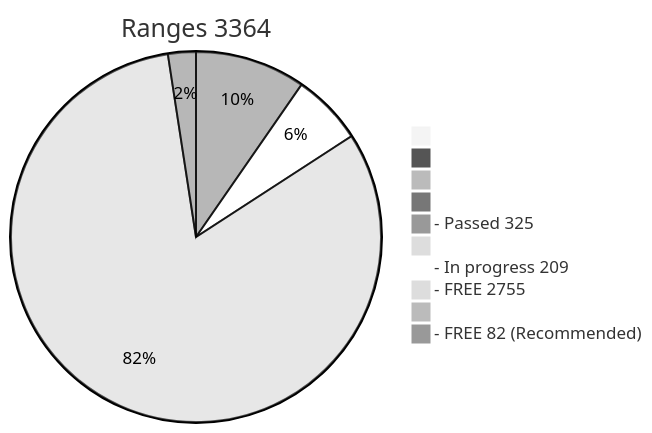
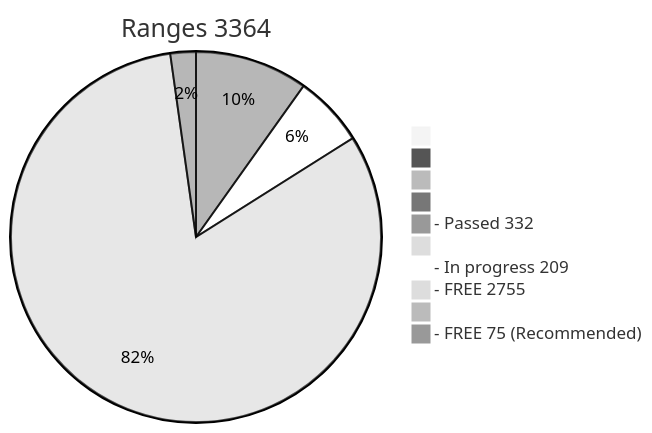
The diagram in x64/Release/table.md (phrutis/wif500), drawn with Mermaid (neutral theme) before and after one commit. The commit also changed other lines of this file, not shown here.

````diff
--- a/x64/Release/table.md
+++ b/x64/Release/table.md
@@ -2,13 +2,13 @@
 ```mermaid
 pie title Ranges 3364
   " " : 0
   "  " : 0
   "   " : 0
   "    " : 0
-  "- Passed 325" : 325
+  "- Passed 332" : 332
   "     " : 0
   "- In progress 209" : 209
   "- FREE 2755" : 2755
   "      " : 0
-  "- FREE 82 (Recommended)" : 82
+  "- FREE 75 (Recommended)" : 75
 ```
````
